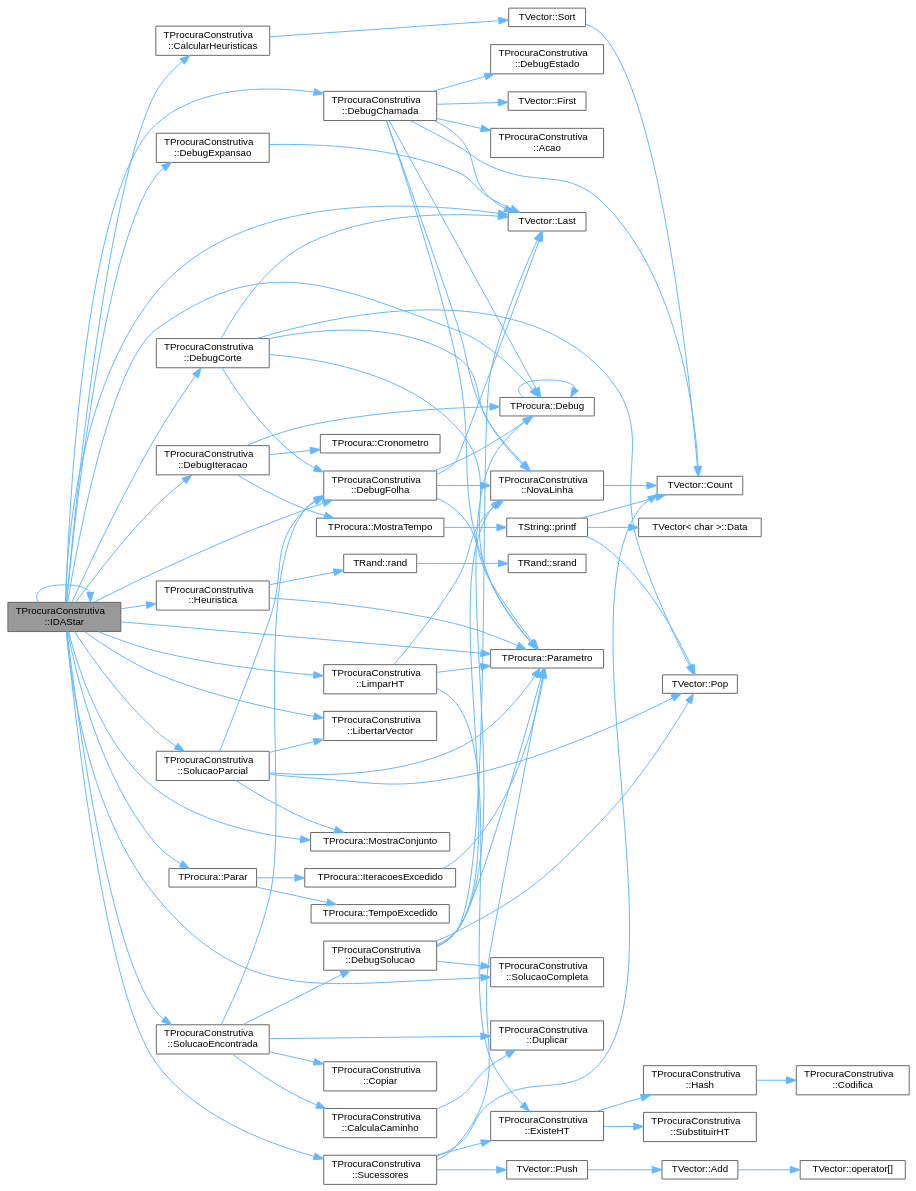
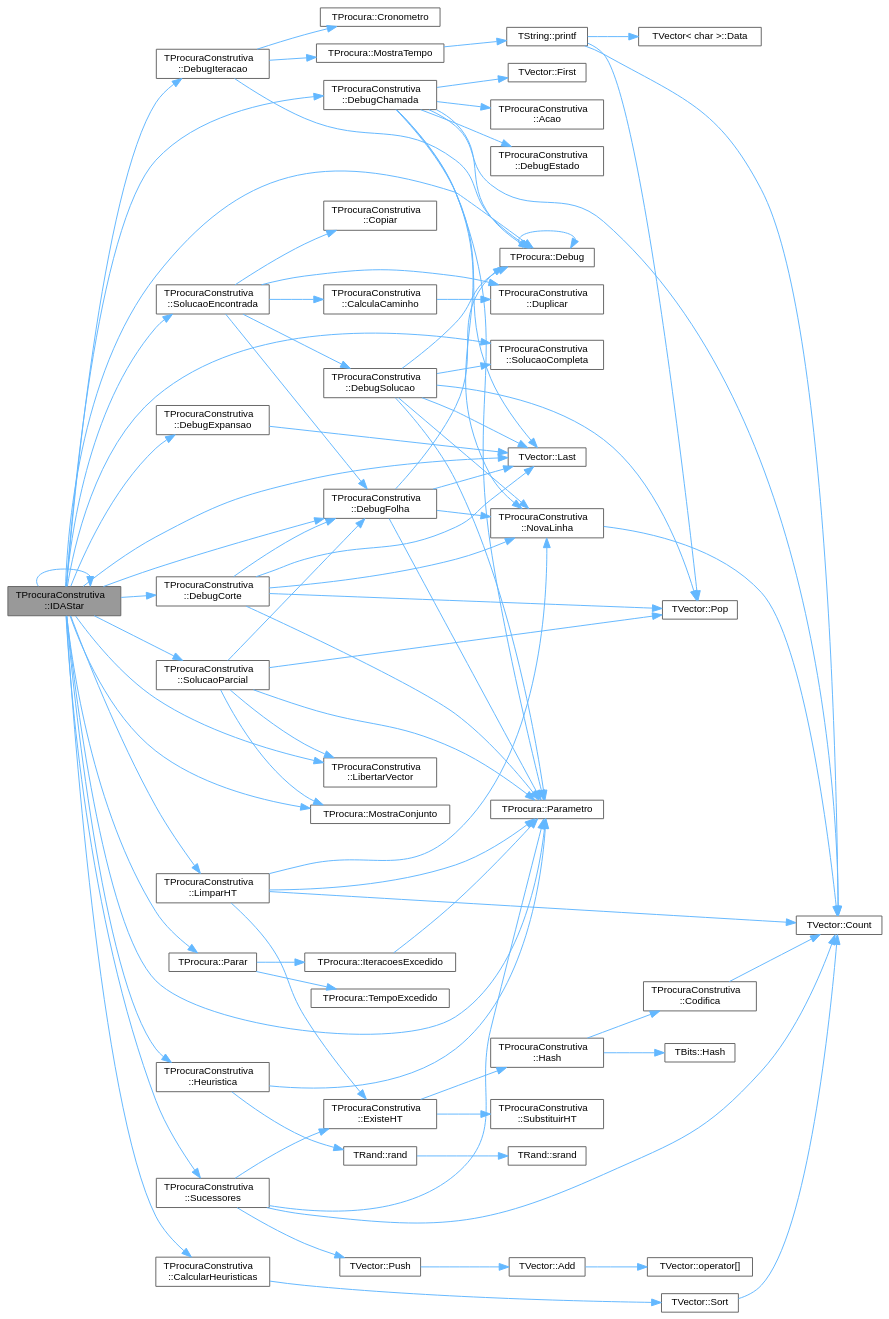
The diagram in group__ProcurasInformadas_gae77f9608e7988052377d7025bee7c4e8_cgraph.dot (jcoelho72/TProcura), drawn with Graphviz before and after one commit. The commit also changed 290 other files, not shown here.

```diff
--- a/group__ProcurasInformadas_gae77f9608e7988052377d7025bee7c4e8_cgraph.dot
+++ b/group__ProcurasInformadas_gae77f9608e7988052377d7025bee7c4e8_cgraph.dot
@@ -75,62 +75,66 @@
   Node25 [id="Node000025",label="TProcuraConstrutiva\l::LibertarVector",height=0.2,width=0.4,color="grey40", fillcolor="white", style="filled",URL="$classTProcuraConstrutiva.html#a976f17b2b53ce9ffc7d1795d291262df",tooltip=" "];
   Node1 -> Node26 [id="edge44_Node000001_Node000026",color="steelblue1",style="solid",tooltip=" "];
   Node26 [id="Node000026",label="TProcuraConstrutiva\l::LimparHT",height=0.2,width=0.4,color="grey40", fillcolor="white", style="filled",URL="$classTProcuraConstrutiva.html#a8b500987c88352d27a68200454cc3c8c",tooltip=" "];
-  Node26 -> Node27 [id="edge45_Node000026_Node000027",color="steelblue1",style="solid",tooltip=" "];
+  Node26 -> Node4 [id="edge45_Node000026_Node000004",color="steelblue1",style="solid",tooltip=" "];
+  Node26 -> Node27 [id="edge46_Node000026_Node000027",color="steelblue1",style="solid",tooltip=" "];
   Node27 [id="Node000027",label="TProcuraConstrutiva\l::ExisteHT",height=0.2,width=0.4,color="grey40", fillcolor="white", style="filled",URL="$classTProcuraConstrutiva.html#ad7857beab462b4b09a37e70cc9c787ac",tooltip=" "];
-  Node27 -> Node28 [id="edge46_Node000027_Node000028",color="steelblue1",style="solid",tooltip=" "];
+  Node27 -> Node28 [id="edge47_Node000027_Node000028",color="steelblue1",style="solid",tooltip=" "];
   Node28 [id="Node000028",label="TProcuraConstrutiva\l::Hash",height=0.2,width=0.4,color="grey40", fillcolor="white", style="filled",URL="$classTProcuraConstrutiva.html#a70375188a6ee7775bc842a3e64f8e35c",tooltip=" "];
-  Node28 -> Node29 [id="edge47_Node000028_Node000029",color="steelblue1",style="solid",tooltip=" "];
-  Node29 [id="Node000029",label="TProcuraConstrutiva\l::Codifica",height=0.2,width=0.4,color="grey40", fillcolor="white", style="filled",URL="$group__RedefinicaoSugerida.html#ga5ff46e85c8f1394c2502f17025284c11",tooltip="Codifica o estado para um vetor de inteiros de 64 bits."];
-  Node27 -> Node30 [id="edge48_Node000027_Node000030",color="steelblue1",style="solid",tooltip=" "];
-  Node30 [id="Node000030",label="TProcuraConstrutiva\l::SubstituirHT",height=0.2,width=0.4,color="grey40", fillcolor="white", style="filled",URL="$classTProcuraConstrutiva.html#a99b7a74f16f5a1b63b12bf629b902057",tooltip=" "];
-  Node26 -> Node11 [id="edge49_Node000026_Node000011",color="steelblue1",style="solid",tooltip=" "];
-  Node26 -> Node12 [id="edge50_Node000026_Node000012",color="steelblue1",style="solid",tooltip=" "];
-  Node1 -> Node31 [id="edge51_Node000001_Node000031",color="steelblue1",style="solid",tooltip=" "];
-  Node31 [id="Node000031",label="TProcura::MostraConjunto",height=0.2,width=0.4,color="grey40", fillcolor="white", style="filled",URL="$classTProcura.html#afc922372bd66e1124bce8e4c61a593a5",tooltip=" "];
-  Node1 -> Node12 [id="edge52_Node000001_Node000012",color="steelblue1",style="solid",tooltip=" "];
-  Node1 -> Node32 [id="edge53_Node000001_Node000032",color="steelblue1",style="solid",tooltip=" "];
-  Node32 [id="Node000032",label="TProcura::Parar",height=0.2,width=0.4,color="grey40", fillcolor="white", style="filled",URL="$classTProcura.html#a7952e187e1b0ae0ca52edab157223179",tooltip="Verifica se a procura deve ser interrompida."];
-  Node32 -> Node33 [id="edge54_Node000032_Node000033",color="steelblue1",style="solid",tooltip=" "];
-  Node33 [id="Node000033",label="TProcura::IteracoesExcedido",height=0.2,width=0.4,color="grey40", fillcolor="white", style="filled",URL="$classTProcura.html#a73463e33b889e6053ee32220e0514a2c",tooltip=" "];
-  Node33 -> Node12 [id="edge55_Node000033_Node000012",color="steelblue1",style="solid",tooltip=" "];
-  Node32 -> Node34 [id="edge56_Node000032_Node000034",color="steelblue1",style="solid",tooltip=" "];
-  Node34 [id="Node000034",label="TProcura::TempoExcedido",height=0.2,width=0.4,color="grey40", fillcolor="white", style="filled",URL="$classTProcura.html#afa3015ac104b603930d3f60a34c09fff",tooltip=" "];
-  Node1 -> Node35 [id="edge57_Node000001_Node000035",color="steelblue1",style="solid",tooltip=" "];
-  Node35 [id="Node000035",label="TProcuraConstrutiva\l::SolucaoCompleta",height=0.2,width=0.4,color="grey40", fillcolor="white", style="filled",URL="$group__RedefinicaoMandatoria.html#ga1f3e2b667881c3e910ba372467645304",tooltip="Verifica se o estado actual é objectivo (é uma solução completa)"];
-  Node1 -> Node36 [id="edge58_Node000001_Node000036",color="steelblue1",style="solid",tooltip=" "];
-  Node36 [id="Node000036",label="TProcuraConstrutiva\l::SolucaoEncontrada",height=0.2,width=0.4,color="grey40", fillcolor="white", style="filled",URL="$classTProcuraConstrutiva.html#a2f648df694a20e7fcb688c9979f763fd",tooltip=" "];
-  Node36 -> Node37 [id="edge59_Node000036_Node000037",color="steelblue1",style="solid",tooltip=" "];
-  Node37 [id="Node000037",label="TProcuraConstrutiva\l::CalculaCaminho",height=0.2,width=0.4,color="grey40", fillcolor="white", style="filled",URL="$classTProcuraConstrutiva.html#ab3d3ef92421595428a27deef2c3bb668",tooltip=" "];
-  Node37 -> Node38 [id="edge60_Node000037_Node000038",color="steelblue1",style="solid",tooltip=" "];
-  Node38 [id="Node000038",label="TProcuraConstrutiva\l::Duplicar",height=0.2,width=0.4,color="grey40", fillcolor="white", style="filled",URL="$group__RedefinicaoMandatoria.html#gaf7c2483f38d11825c220b7a8d538a623",tooltip="Cria um objecto que é uma cópia deste."];
-  Node36 -> Node39 [id="edge61_Node000036_Node000039",color="steelblue1",style="solid",tooltip=" "];
-  Node39 [id="Node000039",label="TProcuraConstrutiva\l::Copiar",height=0.2,width=0.4,color="grey40", fillcolor="white", style="filled",URL="$group__RedefinicaoMandatoria.html#ga92eb7af76e68a20fe542afb459e7d642",tooltip="Fica com uma cópia do objecto."];
-  Node36 -> Node14 [id="edge62_Node000036_Node000014",color="steelblue1",style="solid",tooltip=" "];
-  Node36 -> Node40 [id="edge63_Node000036_Node000040",color="steelblue1",style="solid",tooltip=" "];
-  Node40 [id="Node000040",label="TProcuraConstrutiva\l::DebugSolucao",height=0.2,width=0.4,color="grey40", fillcolor="white", style="filled",URL="$classTProcuraConstrutiva.html#a3cb063790a46d8fac87044c7c68c53b3",tooltip=" "];
-  Node40 -> Node5 [id="edge64_Node000040_Node000005",color="steelblue1",style="solid",tooltip=" "];
-  Node40 -> Node10 [id="edge65_Node000040_Node000010",color="steelblue1",style="solid",tooltip=" "];
-  Node40 -> Node11 [id="edge66_Node000040_Node000011",color="steelblue1",style="solid",tooltip=" "];
-  Node40 -> Node12 [id="edge67_Node000040_Node000012",color="steelblue1",style="solid",tooltip=" "];
-  Node40 -> Node15 [id="edge68_Node000040_Node000015",color="steelblue1",style="solid",tooltip=" "];
-  Node40 -> Node35 [id="edge69_Node000040_Node000035",color="steelblue1",style="solid",tooltip=" "];
-  Node36 -> Node38 [id="edge70_Node000036_Node000038",color="steelblue1",style="solid",tooltip=" "];
-  Node1 -> Node41 [id="edge71_Node000001_Node000041",color="steelblue1",style="solid",tooltip=" "];
-  Node41 [id="Node000041",label="TProcuraConstrutiva\l::SolucaoParcial",height=0.2,width=0.4,color="grey40", fillcolor="white", style="filled",URL="$classTProcuraConstrutiva.html#a5be7bb118ed235c075dad8176e543f68",tooltip=" "];
-  Node41 -> Node14 [id="edge72_Node000041_Node000014",color="steelblue1",style="solid",tooltip=" "];
-  Node41 -> Node25 [id="edge73_Node000041_Node000025",color="steelblue1",style="solid",tooltip=" "];
-  Node41 -> Node31 [id="edge74_Node000041_Node000031",color="steelblue1",style="solid",tooltip=" "];
-  Node41 -> Node12 [id="edge75_Node000041_Node000012",color="steelblue1",style="solid",tooltip=" "];
-  Node41 -> Node15 [id="edge76_Node000041_Node000015",color="steelblue1",style="solid",tooltip=" "];
-  Node1 -> Node42 [id="edge77_Node000001_Node000042",color="steelblue1",style="solid",tooltip=" "];
-  Node42 [id="Node000042",label="TProcuraConstrutiva\l::Sucessores",height=0.2,width=0.4,color="grey40", fillcolor="white", style="filled",URL="$group__RedefinicaoMandatoria.html#ga0a13570d2f5a21296e3c10c2780e170c",tooltip="Coloca em sucessores a lista de estados sucessores."];
-  Node42 -> Node4 [id="edge78_Node000042_Node000004",color="steelblue1",style="solid",tooltip=" "];
-  Node42 -> Node27 [id="edge79_Node000042_Node000027",color="steelblue1",style="solid",tooltip=" "];
-  Node42 -> Node12 [id="edge80_Node000042_Node000012",color="steelblue1",style="solid",tooltip=" "];
-  Node42 -> Node43 [id="edge81_Node000042_Node000043",color="steelblue1",style="solid",tooltip=" "];
-  Node43 [id="Node000043",label="TVector::Push",height=0.2,width=0.4,color="grey40", fillcolor="white", style="filled",URL="$classTVector.html#afd25458f77157e6e8aa4ba0e6be3fb64",tooltip=" "];
-  Node43 -> Node44 [id="edge82_Node000043_Node000044",color="steelblue1",style="solid",tooltip=" "];
-  Node44 [id="Node000044",label="TVector::Add",height=0.2,width=0.4,color="grey40", fillcolor="white", style="filled",URL="$classTVector.html#aa28afdd47b27c5e004fc75b86d6f66a6",tooltip=" "];
-  Node44 -> Node45 [id="edge83_Node000044_Node000045",color="steelblue1",style="solid",tooltip=" "];
-  Node45 [id="Node000045",label="TVector::operator[]",height=0.2,width=0.4,color="grey40", fillcolor="white", style="filled",URL="$classTVector.html#a372a42fd7c4a94fee43db36d6a339b33",tooltip="Acesso por índice com auto-expansão."];
+  Node28 -> Node29 [id="edge48_Node000028_Node000029",color="steelblue1",style="solid",tooltip=" "];
+  Node29 [id="Node000029",label="TProcuraConstrutiva\l::Codifica",height=0.2,width=0.4,color="grey40", fillcolor="white", style="filled",URL="$group__RedefinicaoSugerida.html#ga3b3873fa9df6753fd408a8e11e932f9f",tooltip="Codifica o estado para um vetor de inteiros de 64 bits."];
+  Node29 -> Node4 [id="edge49_Node000029_Node000004",color="steelblue1",style="solid",tooltip=" "];
+  Node28 -> Node30 [id="edge50_Node000028_Node000030",color="steelblue1",style="solid",tooltip=" "];
+  Node30 [id="Node000030",label="TBits::Hash",height=0.2,width=0.4,color="grey40", fillcolor="white", style="filled",URL="$classTBits.html#ae982ae13568bb4c4f3b61cc104761a3e",tooltip=" "];
+  Node27 -> Node31 [id="edge51_Node000027_Node000031",color="steelblue1",style="solid",tooltip=" "];
+  Node31 [id="Node000031",label="TProcuraConstrutiva\l::SubstituirHT",height=0.2,width=0.4,color="grey40", fillcolor="white", style="filled",URL="$classTProcuraConstrutiva.html#a99b7a74f16f5a1b63b12bf629b902057",tooltip=" "];
+  Node26 -> Node11 [id="edge52_Node000026_Node000011",color="steelblue1",style="solid",tooltip=" "];
+  Node26 -> Node12 [id="edge53_Node000026_Node000012",color="steelblue1",style="solid",tooltip=" "];
+  Node1 -> Node32 [id="edge54_Node000001_Node000032",color="steelblue1",style="solid",tooltip=" "];
+  Node32 [id="Node000032",label="TProcura::MostraConjunto",height=0.2,width=0.4,color="grey40", fillcolor="white", style="filled",URL="$classTProcura.html#afc922372bd66e1124bce8e4c61a593a5",tooltip=" "];
+  Node1 -> Node12 [id="edge55_Node000001_Node000012",color="steelblue1",style="solid",tooltip=" "];
+  Node1 -> Node33 [id="edge56_Node000001_Node000033",color="steelblue1",style="solid",tooltip=" "];
+  Node33 [id="Node000033",label="TProcura::Parar",height=0.2,width=0.4,color="grey40", fillcolor="white", style="filled",URL="$classTProcura.html#a7952e187e1b0ae0ca52edab157223179",tooltip="Verifica se a procura deve ser interrompida."];
+  Node33 -> Node34 [id="edge57_Node000033_Node000034",color="steelblue1",style="solid",tooltip=" "];
+  Node34 [id="Node000034",label="TProcura::IteracoesExcedido",height=0.2,width=0.4,color="grey40", fillcolor="white", style="filled",URL="$classTProcura.html#a73463e33b889e6053ee32220e0514a2c",tooltip=" "];
+  Node34 -> Node12 [id="edge58_Node000034_Node000012",color="steelblue1",style="solid",tooltip=" "];
+  Node33 -> Node35 [id="edge59_Node000033_Node000035",color="steelblue1",style="solid",tooltip=" "];
+  Node35 [id="Node000035",label="TProcura::TempoExcedido",height=0.2,width=0.4,color="grey40", fillcolor="white", style="filled",URL="$classTProcura.html#afa3015ac104b603930d3f60a34c09fff",tooltip=" "];
+  Node1 -> Node36 [id="edge60_Node000001_Node000036",color="steelblue1",style="solid",tooltip=" "];
+  Node36 [id="Node000036",label="TProcuraConstrutiva\l::SolucaoCompleta",height=0.2,width=0.4,color="grey40", fillcolor="white", style="filled",URL="$group__RedefinicaoMandatoria.html#ga1f3e2b667881c3e910ba372467645304",tooltip="Verifica se o estado actual é objectivo (é uma solução completa)"];
+  Node1 -> Node37 [id="edge61_Node000001_Node000037",color="steelblue1",style="solid",tooltip=" "];
+  Node37 [id="Node000037",label="TProcuraConstrutiva\l::SolucaoEncontrada",height=0.2,width=0.4,color="grey40", fillcolor="white", style="filled",URL="$classTProcuraConstrutiva.html#a2f648df694a20e7fcb688c9979f763fd",tooltip=" "];
+  Node37 -> Node38 [id="edge62_Node000037_Node000038",color="steelblue1",style="solid",tooltip=" "];
+  Node38 [id="Node000038",label="TProcuraConstrutiva\l::CalculaCaminho",height=0.2,width=0.4,color="grey40", fillcolor="white", style="filled",URL="$classTProcuraConstrutiva.html#ab3d3ef92421595428a27deef2c3bb668",tooltip=" "];
+  Node38 -> Node39 [id="edge63_Node000038_Node000039",color="steelblue1",style="solid",tooltip=" "];
+  Node39 [id="Node000039",label="TProcuraConstrutiva\l::Duplicar",height=0.2,width=0.4,color="grey40", fillcolor="white", style="filled",URL="$group__RedefinicaoMandatoria.html#gaf7c2483f38d11825c220b7a8d538a623",tooltip="Cria um objecto que é uma cópia deste."];
+  Node37 -> Node40 [id="edge64_Node000037_Node000040",color="steelblue1",style="solid",tooltip=" "];
+  Node40 [id="Node000040",label="TProcuraConstrutiva\l::Copiar",height=0.2,width=0.4,color="grey40", fillcolor="white", style="filled",URL="$group__RedefinicaoMandatoria.html#ga92eb7af76e68a20fe542afb459e7d642",tooltip="Fica com uma cópia do objecto."];
+  Node37 -> Node14 [id="edge65_Node000037_Node000014",color="steelblue1",style="solid",tooltip=" "];
+  Node37 -> Node41 [id="edge66_Node000037_Node000041",color="steelblue1",style="solid",tooltip=" "];
+  Node41 [id="Node000041",label="TProcuraConstrutiva\l::DebugSolucao",height=0.2,width=0.4,color="grey40", fillcolor="white", style="filled",URL="$classTProcuraConstrutiva.html#a3cb063790a46d8fac87044c7c68c53b3",tooltip=" "];
+  Node41 -> Node5 [id="edge67_Node000041_Node000005",color="steelblue1",style="solid",tooltip=" "];
+  Node41 -> Node10 [id="edge68_Node000041_Node000010",color="steelblue1",style="solid",tooltip=" "];
+  Node41 -> Node11 [id="edge69_Node000041_Node000011",color="steelblue1",style="solid",tooltip=" "];
+  Node41 -> Node12 [id="edge70_Node000041_Node000012",color="steelblue1",style="solid",tooltip=" "];
+  Node41 -> Node15 [id="edge71_Node000041_Node000015",color="steelblue1",style="solid",tooltip=" "];
+  Node41 -> Node36 [id="edge72_Node000041_Node000036",color="steelblue1",style="solid",tooltip=" "];
+  Node37 -> Node39 [id="edge73_Node000037_Node000039",color="steelblue1",style="solid",tooltip=" "];
+  Node1 -> Node42 [id="edge74_Node000001_Node000042",color="steelblue1",style="solid",tooltip=" "];
+  Node42 [id="Node000042",label="TProcuraConstrutiva\l::SolucaoParcial",height=0.2,width=0.4,color="grey40", fillcolor="white", style="filled",URL="$classTProcuraConstrutiva.html#a5be7bb118ed235c075dad8176e543f68",tooltip=" "];
+  Node42 -> Node14 [id="edge75_Node000042_Node000014",color="steelblue1",style="solid",tooltip=" "];
+  Node42 -> Node25 [id="edge76_Node000042_Node000025",color="steelblue1",style="solid",tooltip=" "];
+  Node42 -> Node32 [id="edge77_Node000042_Node000032",color="steelblue1",style="solid",tooltip=" "];
+  Node42 -> Node12 [id="edge78_Node000042_Node000012",color="steelblue1",style="solid",tooltip=" "];
+  Node42 -> Node15 [id="edge79_Node000042_Node000015",color="steelblue1",style="solid",tooltip=" "];
+  Node1 -> Node43 [id="edge80_Node000001_Node000043",color="steelblue1",style="solid",tooltip=" "];
+  Node43 [id="Node000043",label="TProcuraConstrutiva\l::Sucessores",height=0.2,width=0.4,color="grey40", fillcolor="white", style="filled",URL="$group__RedefinicaoMandatoria.html#ga0a13570d2f5a21296e3c10c2780e170c",tooltip="Coloca em sucessores a lista de estados sucessores."];
+  Node43 -> Node4 [id="edge81_Node000043_Node000004",color="steelblue1",style="solid",tooltip=" "];
+  Node43 -> Node27 [id="edge82_Node000043_Node000027",color="steelblue1",style="solid",tooltip=" "];
+  Node43 -> Node12 [id="edge83_Node000043_Node000012",color="steelblue1",style="solid",tooltip=" "];
+  Node43 -> Node44 [id="edge84_Node000043_Node000044",color="steelblue1",style="solid",tooltip=" "];
+  Node44 [id="Node000044",label="TVector::Push",height=0.2,width=0.4,color="grey40", fillcolor="white", style="filled",URL="$classTVector.html#afd25458f77157e6e8aa4ba0e6be3fb64",tooltip=" "];
+  Node44 -> Node45 [id="edge85_Node000044_Node000045",color="steelblue1",style="solid",tooltip=" "];
+  Node45 [id="Node000045",label="TVector::Add",height=0.2,width=0.4,color="grey40", fillcolor="white", style="filled",URL="$classTVector.html#aa28afdd47b27c5e004fc75b86d6f66a6",tooltip=" "];
+  Node45 -> Node46 [id="edge86_Node000045_Node000046",color="steelblue1",style="solid",tooltip=" "];
+  Node46 [id="Node000046",label="TVector::operator[]",height=0.2,width=0.4,color="grey40", fillcolor="white", style="filled",URL="$classTVector.html#a372a42fd7c4a94fee43db36d6a339b33",tooltip="Acesso por índice com auto-expansão."];
 }
```
